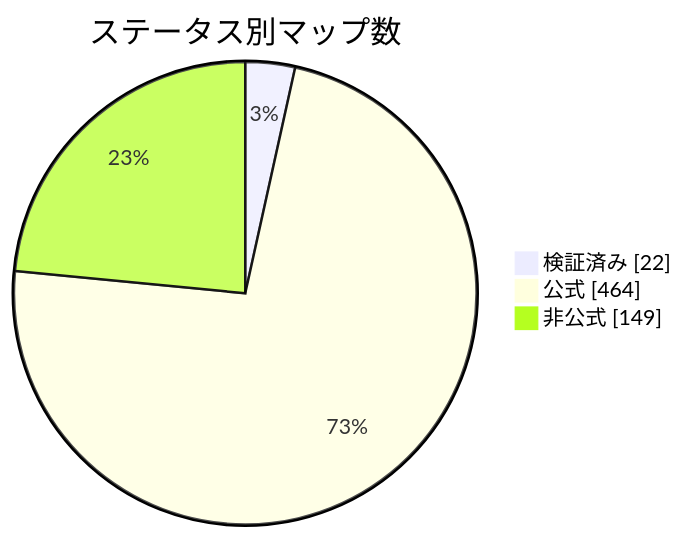
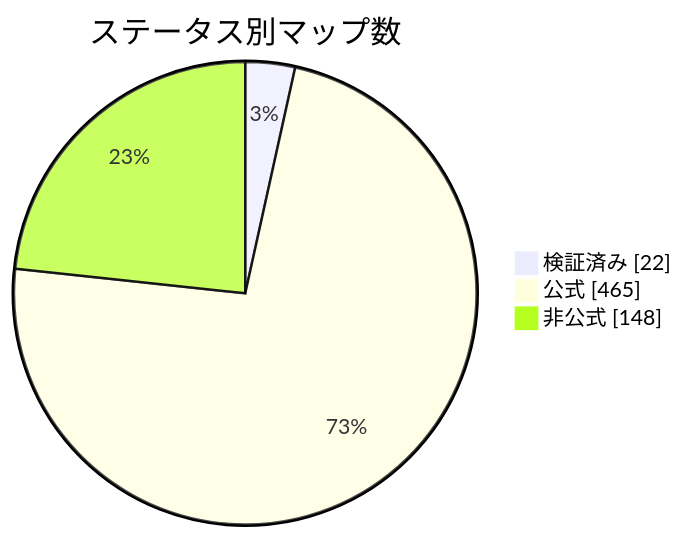
The diagram in docs/readme/README_JP.md (nobrega8/mbmap-library), drawn with Mermaid before and after one commit. The commit also changed 6 other files, not shown here.

````diff
--- a/docs/readme/README_JP.md
+++ b/docs/readme/README_JP.md
@@ -54,7 +54,7 @@
 ```mermaid
 pie showData
     title ステータス別マップ数
     "検証済み" : 22
-    "公式" : 464
-    "非公式" : 149
+    "公式" : 465
+    "非公式" : 148
 ```
````
